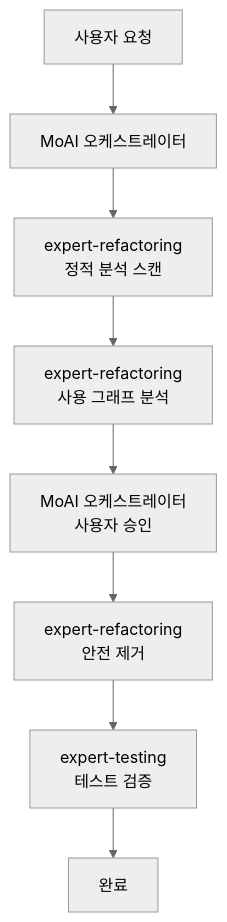
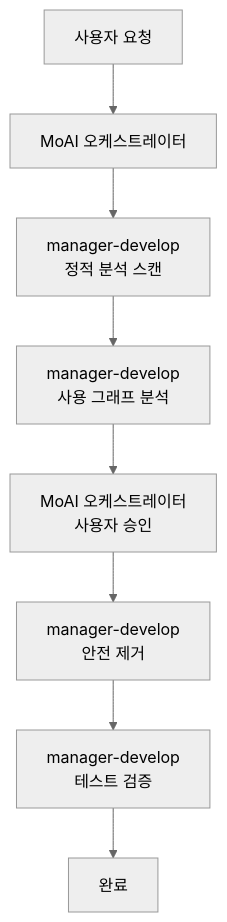
One commit to modu-ai/moai-adk changed the second of 2 diagrams in docs-site/content/ko/utility-commands/moai-clean.md. Above: the diagram before and after it, drawn with Mermaid (neutral theme). The commit also changed other lines of this file and 153 other files, not shown here.

````diff
--- a/docs-site/content/ko/utility-commands/moai-clean.md
+++ b/docs-site/content/ko/utility-commands/moai-clean.md
@@ -171,10 +171,10 @@
 ```mermaid
 flowchart TD
     User["사용자 요청"] --> MoAI["MoAI 오케스트레이터"]
-    MoAI --> Refactor1["expert-refactoring<br/>정적 분석 스캔"]
-    Refactor1 --> Refactor2["expert-refactoring<br/>사용 그래프 분석"]
+    MoAI --> Refactor1["manager-develop<br/>정적 분석 스캔"]
+    Refactor1 --> Refactor2["manager-develop<br/>사용 그래프 분석"]
     Refactor2 --> MoAI2["MoAI 오케스트레이터<br/>사용자 승인"]
-    MoAI2 --> Refactor3["expert-refactoring<br/>안전 제거"]
-    Refactor3 --> Testing["expert-testing<br/>테스트 검증"]
+    MoAI2 --> Refactor3["manager-develop<br/>안전 제거"]
+    Refactor3 --> Testing["manager-develop<br/>테스트 검증"]
     Testing --> Complete["완료"]
 ```
````
